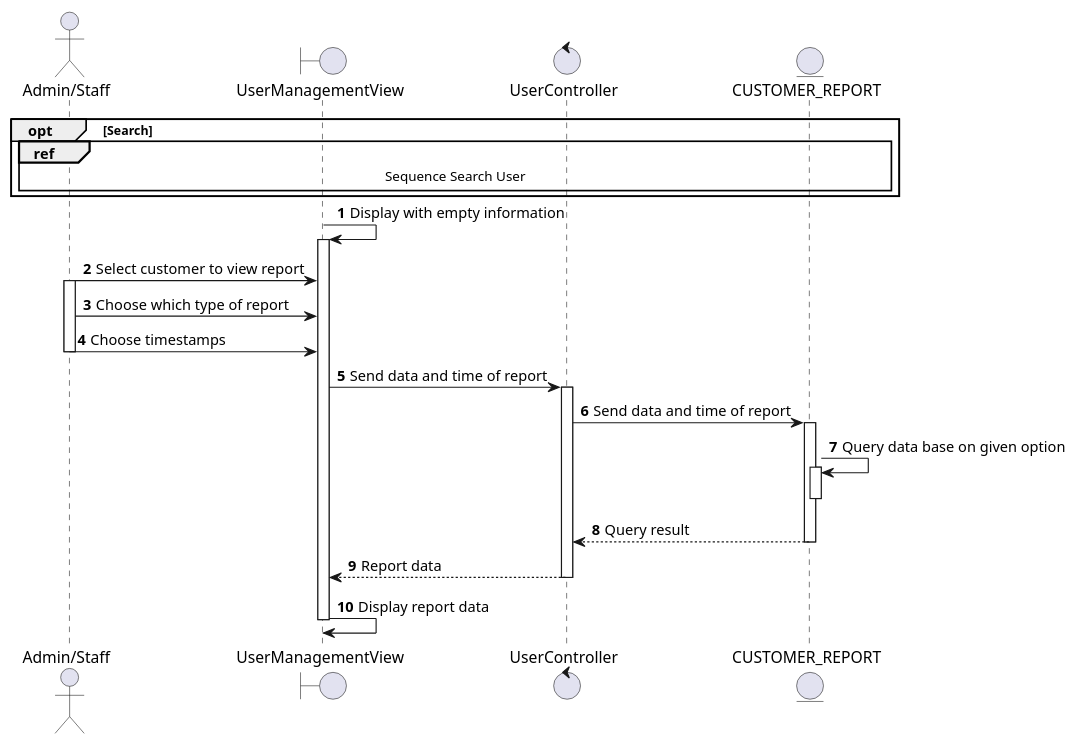
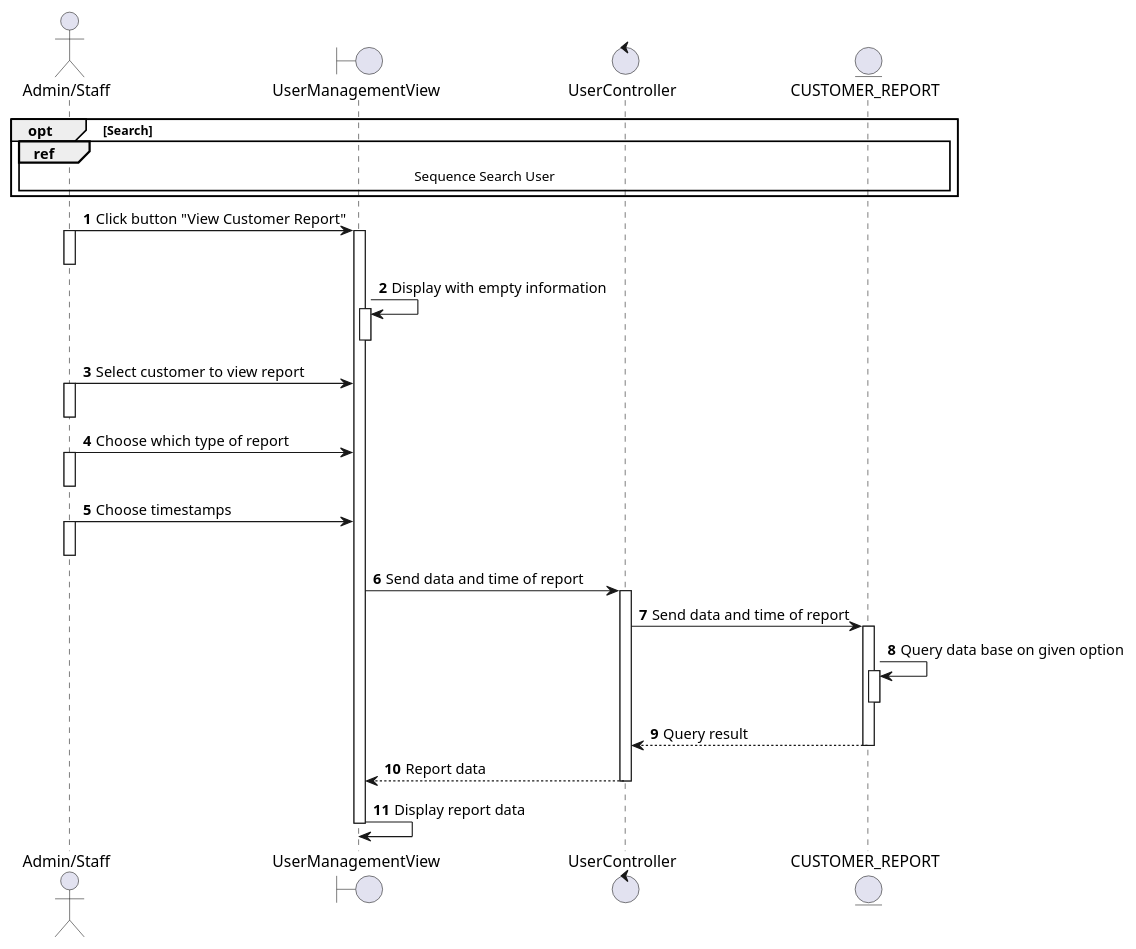
Before and after one commit to electricilies/electricilies.github.io: the diagram in docs/software-docs/sequence/manage-user/view-customer-report.md, drawn with PlantUML. The commit also changed 16 other files, not shown here.

Commit message:
refactor: sequence diagrams start from user side, and some minor

````diff
--- a/docs/software-docs/sequence/manage-user/view-customer-report.md
+++ b/docs/software-docs/sequence/manage-user/view-customer-report.md
@@ -3,35 +3,44 @@
 ```plantuml
 @startuml
 autonumber
 
 actor "Admin/Staff" as AS
 boundary UserManagementView as UMV
 control UserController as UC
 entity CUSTOMER_REPORT as CR
 
 opt Search
   ref over AS, CR: Sequence Search User
 end
+AS -> UMV: Click button "View Customer Report"
+activate AS
+activate UMV
+deactivate AS
 UMV -> UMV: Display with empty information
 activate UMV
+deactivate UMV
 AS -> UMV: Select customer to view report
 activate AS
+deactivate AS
 AS -> UMV: Choose which type of report
+activate AS
+deactivate AS
 AS -> UMV: Choose timestamps
+activate AS
 deactivate AS
 UMV -> UC: Send data and time of report
 activate UC
 UC -> CR: Send data and time of report
 activate CR
 CR -> CR: Query data base on given option
 activate CR
 deactivate CR
 UC <-- CR: Query result
 deactivate CR
 UMV <-- UC: Report data
 deactivate UC
 UMV -> UMV: Display report data
 deactivate UMV
 
 @enduml
 ```
````
